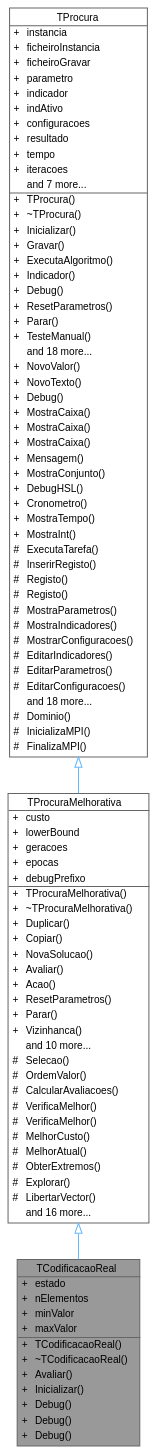
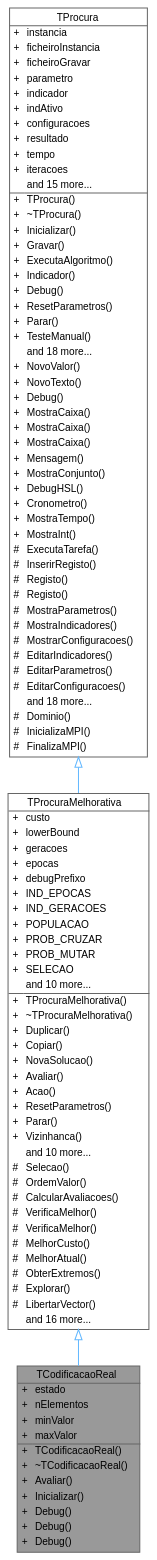
Before and after one commit to jcoelho72/TProcura: the diagram in classTCodificacaoReal__inherit__graph.dot, drawn with Graphviz. The commit also changed 255 other files, not shown here.

```diff
--- a/classTCodificacaoReal__inherit__graph.dot
+++ b/classTCodificacaoReal__inherit__graph.dot
@@ -28,6 +28,13 @@
 <TR><TD VALIGN="top" CELLPADDING="1" CELLSPACING="0">+</TD><TD VALIGN="top" ALIGN="LEFT" CELLPADDING="1" CELLSPACING="0">geracoes<BR ALIGN="LEFT"/></TD></TR>
 <TR><TD VALIGN="top" CELLPADDING="1" CELLSPACING="0">+</TD><TD VALIGN="top" ALIGN="LEFT" CELLPADDING="1" CELLSPACING="0">epocas<BR ALIGN="LEFT"/></TD></TR>
 <TR><TD VALIGN="top" CELLPADDING="1" CELLSPACING="0">+</TD><TD VALIGN="top" ALIGN="LEFT" CELLPADDING="1" CELLSPACING="0">debugPrefixo<BR ALIGN="LEFT"/></TD></TR>
+<TR><TD VALIGN="top" CELLPADDING="1" CELLSPACING="0">+</TD><TD VALIGN="top" ALIGN="LEFT" CELLPADDING="1" CELLSPACING="0">IND_EPOCAS<BR ALIGN="LEFT"/></TD></TR>
+<TR><TD VALIGN="top" CELLPADDING="1" CELLSPACING="0">+</TD><TD VALIGN="top" ALIGN="LEFT" CELLPADDING="1" CELLSPACING="0">IND_GERACOES<BR ALIGN="LEFT"/></TD></TR>
+<TR><TD VALIGN="top" CELLPADDING="1" CELLSPACING="0">+</TD><TD VALIGN="top" ALIGN="LEFT" CELLPADDING="1" CELLSPACING="0">POPULACAO<BR ALIGN="LEFT"/></TD></TR>
+<TR><TD VALIGN="top" CELLPADDING="1" CELLSPACING="0">+</TD><TD VALIGN="top" ALIGN="LEFT" CELLPADDING="1" CELLSPACING="0">PROB_CRUZAR<BR ALIGN="LEFT"/></TD></TR>
+<TR><TD VALIGN="top" CELLPADDING="1" CELLSPACING="0">+</TD><TD VALIGN="top" ALIGN="LEFT" CELLPADDING="1" CELLSPACING="0">PROB_MUTAR<BR ALIGN="LEFT"/></TD></TR>
+<TR><TD VALIGN="top" CELLPADDING="1" CELLSPACING="0">+</TD><TD VALIGN="top" ALIGN="LEFT" CELLPADDING="1" CELLSPACING="0">SELECAO<BR ALIGN="LEFT"/></TD></TR>
+<TR><TD VALIGN="top" CELLPADDING="1" CELLSPACING="0"></TD><TD VALIGN="top" ALIGN="LEFT" CELLPADDING="1" CELLSPACING="0">and 10 more...</TD></TR>
 <HR/>
 <TR><TD VALIGN="top" CELLPADDING="1" CELLSPACING="0">+</TD><TD VALIGN="top" ALIGN="LEFT" CELLPADDING="1" CELLSPACING="0">TProcuraMelhorativa()<BR ALIGN="LEFT"/></TD></TR>
 <TR><TD VALIGN="top" CELLPADDING="1" CELLSPACING="0">+</TD><TD VALIGN="top" ALIGN="LEFT" CELLPADDING="1" CELLSPACING="0">~TProcuraMelhorativa()<BR ALIGN="LEFT"/></TD></TR>
@@ -66,7 +73,7 @@
 <TR><TD VALIGN="top" CELLPADDING="1" CELLSPACING="0">+</TD><TD VALIGN="top" ALIGN="LEFT" CELLPADDING="1" CELLSPACING="0">resultado<BR ALIGN="LEFT"/></TD></TR>
 <TR><TD VALIGN="top" CELLPADDING="1" CELLSPACING="0">+</TD><TD VALIGN="top" ALIGN="LEFT" CELLPADDING="1" CELLSPACING="0">tempo<BR ALIGN="LEFT"/></TD></TR>
 <TR><TD VALIGN="top" CELLPADDING="1" CELLSPACING="0">+</TD><TD VALIGN="top" ALIGN="LEFT" CELLPADDING="1" CELLSPACING="0">iteracoes<BR ALIGN="LEFT"/></TD></TR>
-<TR><TD VALIGN="top" CELLPADDING="1" CELLSPACING="0"></TD><TD VALIGN="top" ALIGN="LEFT" CELLPADDING="1" CELLSPACING="0">and 7 more...</TD></TR>
+<TR><TD VALIGN="top" CELLPADDING="1" CELLSPACING="0"></TD><TD VALIGN="top" ALIGN="LEFT" CELLPADDING="1" CELLSPACING="0">and 15 more...</TD></TR>
 <HR/>
 <TR><TD VALIGN="top" CELLPADDING="1" CELLSPACING="0">+</TD><TD VALIGN="top" ALIGN="LEFT" CELLPADDING="1" CELLSPACING="0">TProcura()<BR ALIGN="LEFT"/></TD></TR>
 <TR><TD VALIGN="top" CELLPADDING="1" CELLSPACING="0">+</TD><TD VALIGN="top" ALIGN="LEFT" CELLPADDING="1" CELLSPACING="0">~TProcura()<BR ALIGN="LEFT"/></TD></TR>
```
